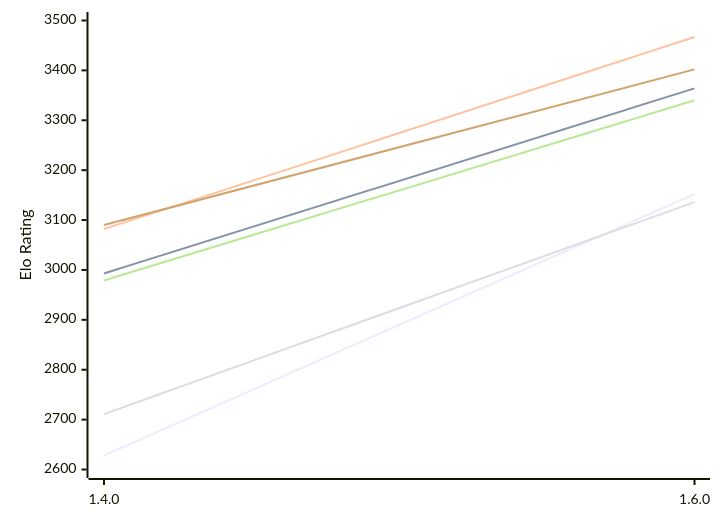
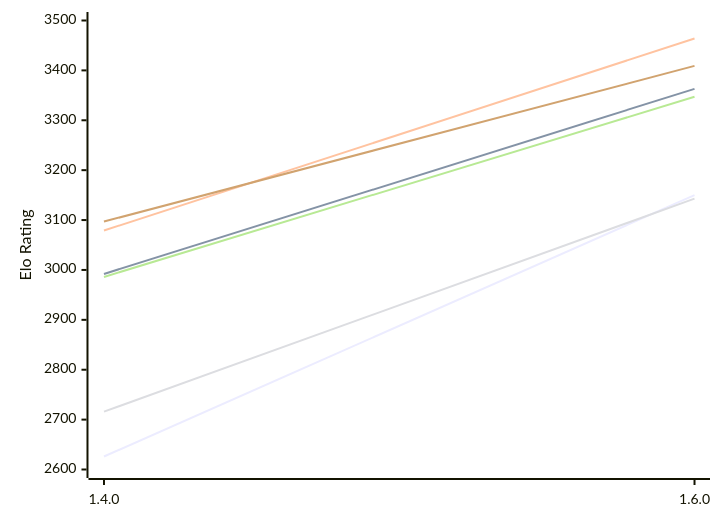
The first of 2 diagrams in engines/Gyatso.md (computer-chess-index/cci), drawn with Mermaid before and after one commit. The commit also changed other lines of this file, not shown here.

Commit message:
Update CCI Ratings (ELO VLTC) - 2026-11-23

````diff
--- a/engines/Gyatso.md
+++ b/engines/Gyatso.md
@@ -53,12 +53,12 @@
 ```mermaid
 %%{init: {"theme":"base","themeVariables":{"seriesColors:['#a3a3a3','#222221','#faa371']}}}%%
 xychart-beta
   x-axis ["1.4.0", "1.6.0"]
   y-axis "Elo Rating" 2600 --> 3500
-  line "E1: STC (8.0+0.08s)" [2628, 3152]
-  line "E1: LTC (60.0+0.60s)" [2993, 3364]
-  line "E1: VLTC (2m24s+1.12s)" [3082, 3467]
-  line "P1: STC (8.0+0.08s)" [2711, 3136]
-  line "P1: LTC (60.0+0.60s)" [2979, 3340]
-  line "P1: VLTC (2m24s+1.12s)" [3090, 3402]
+  line "E1: STC (8.0+0.08s)" [2626, 3150]
+  line "E1: LTC (60.0+0.60s)" [2992, 3363]
+  line "E1: VLTC (2m24s+1.12s)" [3079, 3464]
+  line "P1: STC (8.0+0.08s)" [2716, 3143]
+  line "P1: LTC (60.0+0.60s)" [2986, 3347]
+  line "P1: VLTC (2m24s+1.12s)" [3097, 3409]
 ```
````
